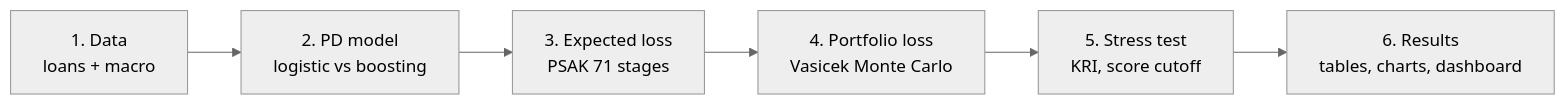
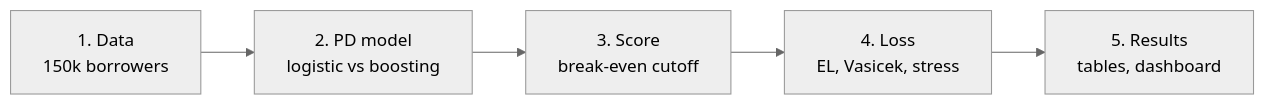
The diagram in README.md (aldo02032004/credit-risk-model), drawn with Mermaid (neutral theme) before and after one commit. The commit also changed other lines of this file and 8 other files, not shown here.

First line of the commit message:
Trim to core PD model, validation, cutoff and portfolio loss

````diff
--- a/README.md
+++ b/README.md
@@ -23,8 +19,7 @@
 ```mermaid
 flowchart LR
-    A["1. Data<br/>loans + macro"] --> B["2. PD model<br/>logistic vs boosting"]
-    B --> C["3. Expected loss<br/>PSAK 71 stages"]
-    C --> D["4. Portfolio loss<br/>Vasicek Monte Carlo"]
-    D --> E["5. Stress test<br/>KRI, score cutoff"]
-    E --> F["6. Results<br/>tables, charts, dashboard"]
+    A["1. Data<br/>150k borrowers"] --> B["2. PD model<br/>logistic vs boosting"]
+    B --> C["3. Score<br/>break-even cutoff"]
+    C --> D["4. Loss<br/>EL, Vasicek, stress"]
+    D --> E["5. Results<br/>tables, dashboard"]
 ```
````
